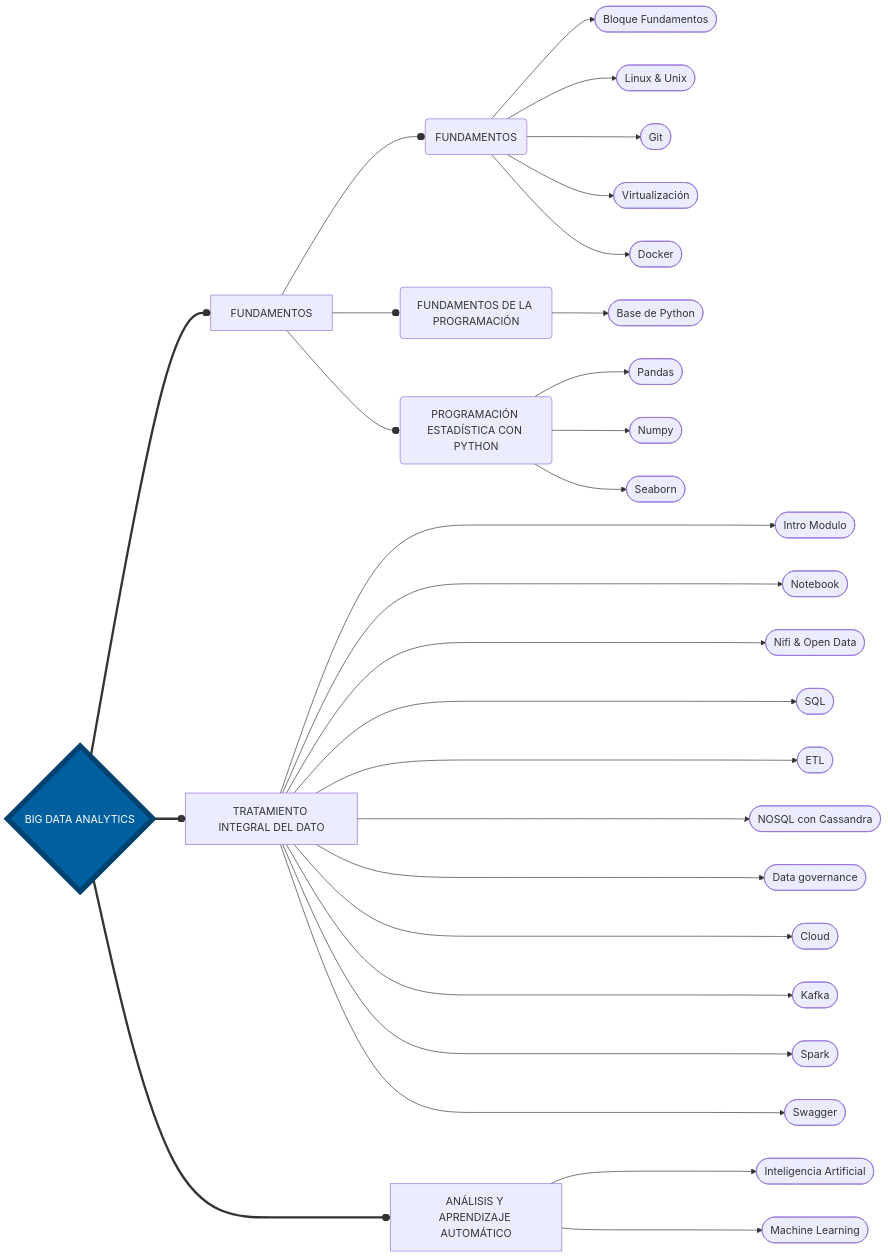
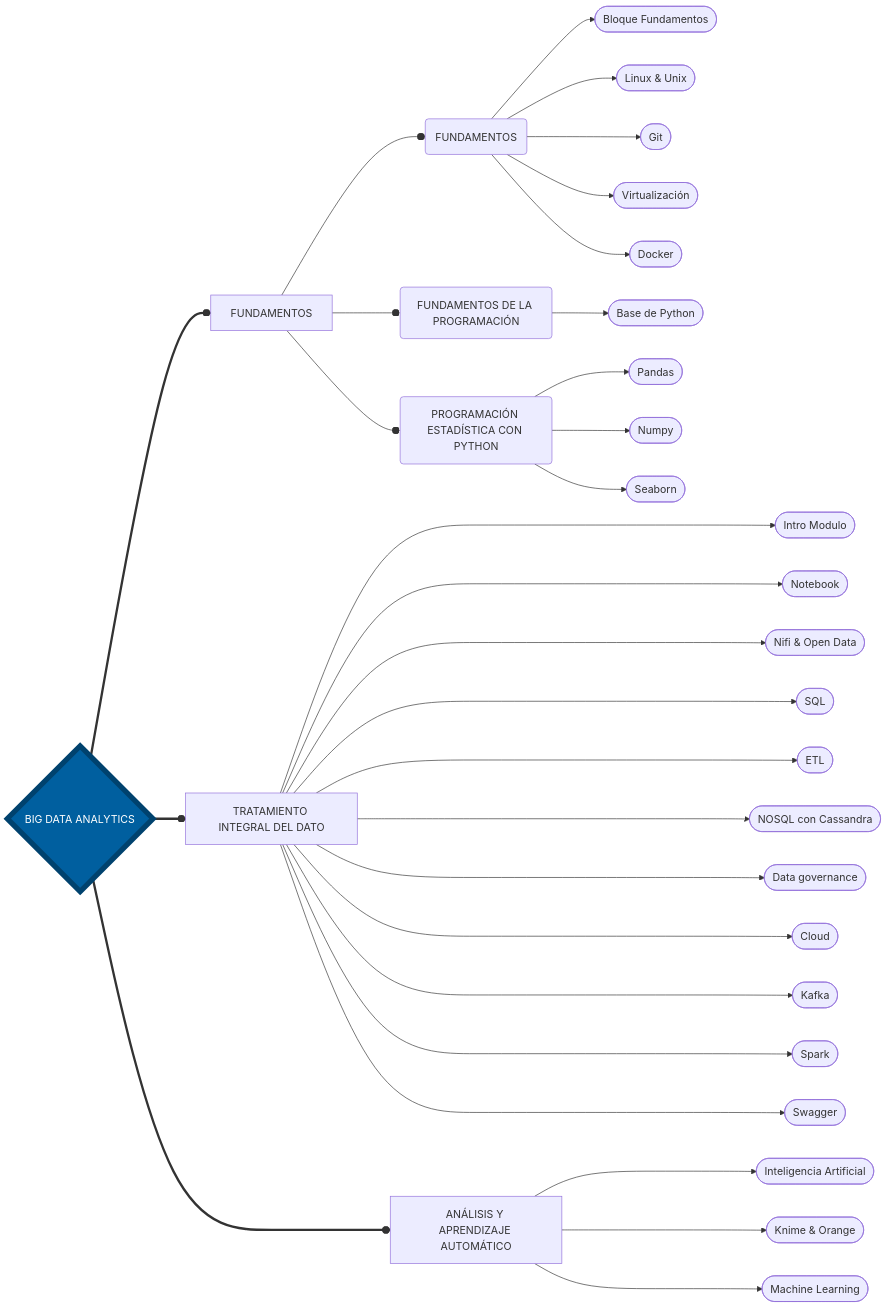
The diagram in README.md (alozk/Master-Big-Data-Analytics), drawn with Mermaid before and after one commit.

````diff
--- a/README.md
+++ b/README.md
@@ -1,32 +1,33 @@
 ```mermaid
 flowchart LR
 A{BIG DATA ANALYTICS} ==oB[FUNDAMENTOS]
 style A fill:#005F9F,stroke:#00426E,stroke-width:8px,color:#FFFFFF;
 A{BIG DATA ANALYTICS} ==oC[TRATAMIENTO INTEGRAL DEL DATO];
 B[FUNDAMENTOS] --oD(FUNDAMENTOS);
 B[FUNDAMENTOS] --oE(FUNDAMENTOS DE LA PROGRAMACIÓN)
 B[FUNDAMENTOS] --oF(PROGRAMACIÓN ESTADÍSTICA CON PYTHON)
 D(FUNDAMENTOS) -->G([Bloque Fundamentos])
 D(FUNDAMENTOS) -->H([Linux & Unix])
 D(FUNDAMENTOS) -->I([Git])
 D(FUNDAMENTOS) -->J([Virtualización])
 D(FUNDAMENTOS) -->K([Docker])
 C[TRATAMIENTO INTEGRAL DEL DATO] ---->L([Intro Modulo])
 C[TRATAMIENTO INTEGRAL DEL DATO] ---->M([Notebook])
 C[TRATAMIENTO INTEGRAL DEL DATO] ---->N([Nifi & Open Data])
 C[TRATAMIENTO INTEGRAL DEL DATO] ---->O([SQL])
 C[TRATAMIENTO INTEGRAL DEL DATO] ---->P([ETL])
 C[TRATAMIENTO INTEGRAL DEL DATO] ---->Q([NOSQL con Cassandra])
 C[TRATAMIENTO INTEGRAL DEL DATO] ---->R([Data governance])
 C[TRATAMIENTO INTEGRAL DEL DATO] ---->S([Cloud])
 C[TRATAMIENTO INTEGRAL DEL DATO] ---->T([Kafka])
 C[TRATAMIENTO INTEGRAL DEL DATO] ---->U([Spark])
 C[TRATAMIENTO INTEGRAL DEL DATO] ---->V([Swagger])
 E(FUNDAMENTOS DE LA PROGRAMACIÓN) -->W([Base de Python])
 F(PROGRAMACIÓN ESTADÍSTICA CON PYTHON) -->X([Pandas])
 F(PROGRAMACIÓN ESTADÍSTICA CON PYTHON) -->Y([Numpy])
 F(PROGRAMACIÓN ESTADÍSTICA CON PYTHON) -->Z([Seaborn])
 A{BIG DATA ANALYTICS} ===oZA[ANÁLISIS Y APRENDIZAJE AUTOMÁTICO];
 ZA[ANÁLISIS Y APRENDIZAJE AUTOMÁTICO] --->ZB([Inteligencia Artificial])
-ZA[ANÁLISIS Y APRENDIZAJE AUTOMÁTICO] --->ZC([Machine Learning])
+ZA[ANÁLISIS Y APRENDIZAJE AUTOMÁTICO] --->ZC([Knime & Orange])
+ZA[ANÁLISIS Y APRENDIZAJE AUTOMÁTICO] --->ZD([Machine Learning])
 ```
````
